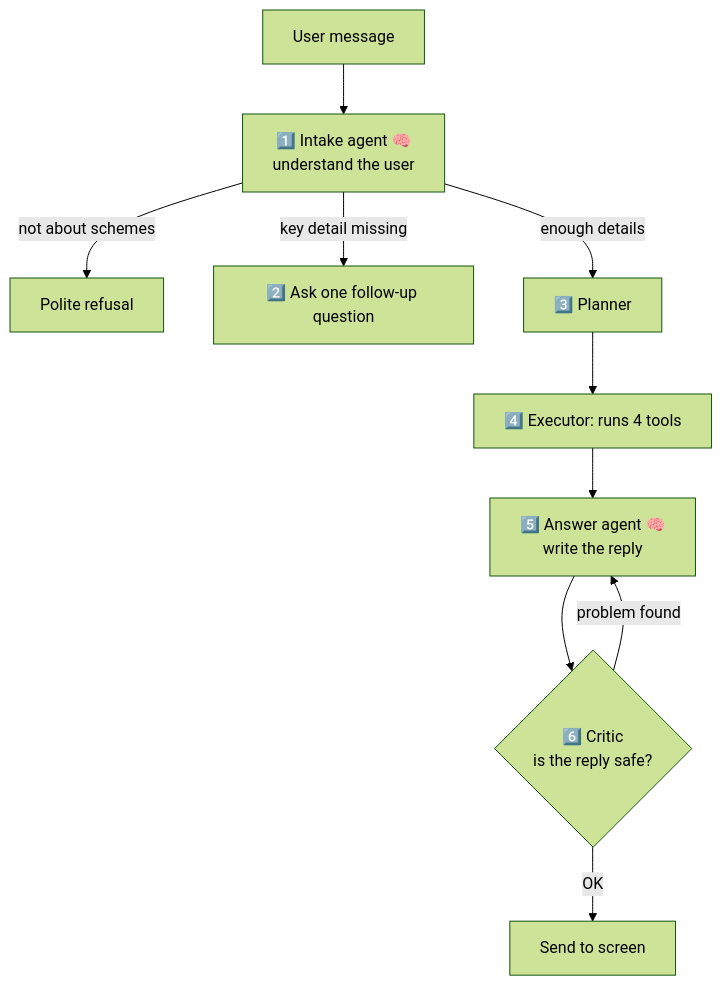
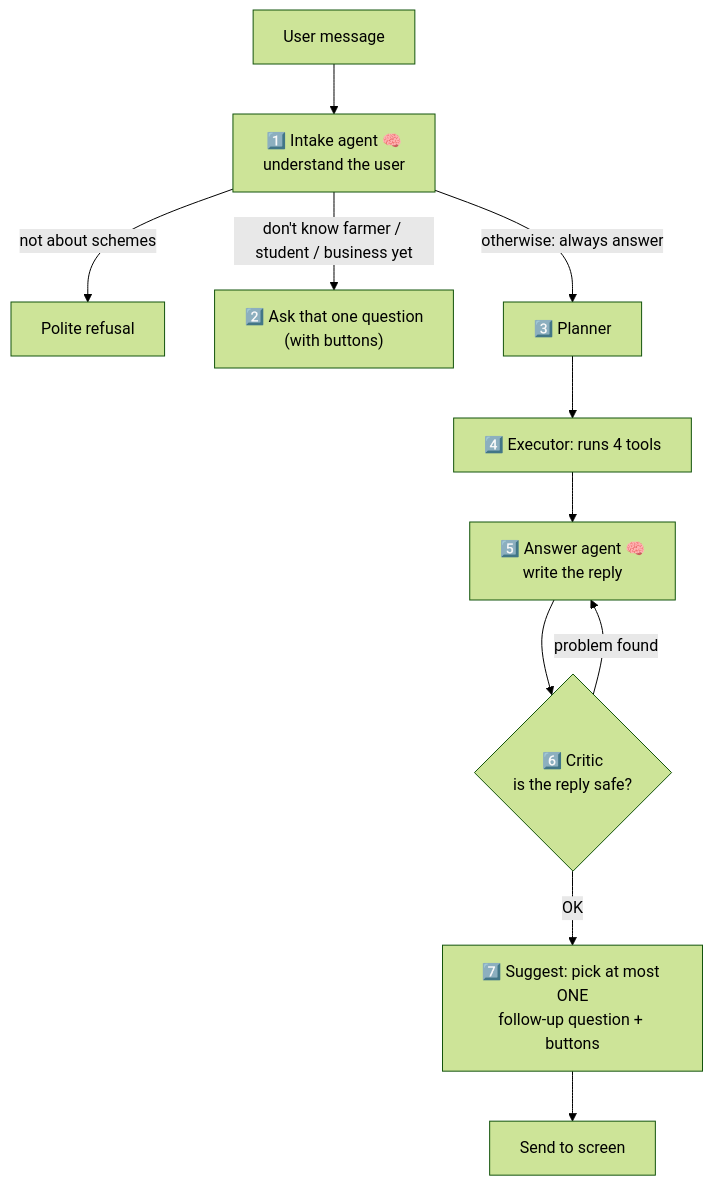
One commit to aakash-github/jansahayak changed the second of 4 diagrams in docs/HOW_IT_WORKS.md. Above: the diagram before and after it, drawn with Mermaid (forest theme). The commit also changed other lines of this file and 7 other files, not shown here.

First line of the commit message:
UX: answer first, one smart follow-up question, tap-to-answer buttons

````diff
--- a/docs/HOW_IT_WORKS.md
+++ b/docs/HOW_IT_WORKS.md
@@ -49,12 +49,13 @@
 ```mermaid
 flowchart TD
   M["User message"] --> I["1️⃣ Intake agent 🧠<br/>understand the user"]
   I -->|"not about schemes"| R["Polite refusal"]
-  I -->|"key detail missing"| Q["2️⃣ Ask one follow-up question"]
-  I -->|"enough details"| P["3️⃣ Planner"]
+  I -->|"don't know farmer / student / business yet"| Q["2️⃣ Ask that one question<br/>(with buttons)"]
+  I -->|"otherwise: always answer"| P["3️⃣ Planner"]
   P --> E["4️⃣ Executor: runs 4 tools"]
   E --> W["5️⃣ Answer agent 🧠<br/>write the reply"]
   W --> C{"6️⃣ Critic<br/>is the reply safe?"}
   C -->|"problem found"| W
-  C -->|"OK"| OUT["Send to screen"]
+  C -->|"OK"| S["7️⃣ Suggest: pick at most ONE<br/>follow-up question + buttons"]
+  S --> OUT["Send to screen"]
 ```
````
